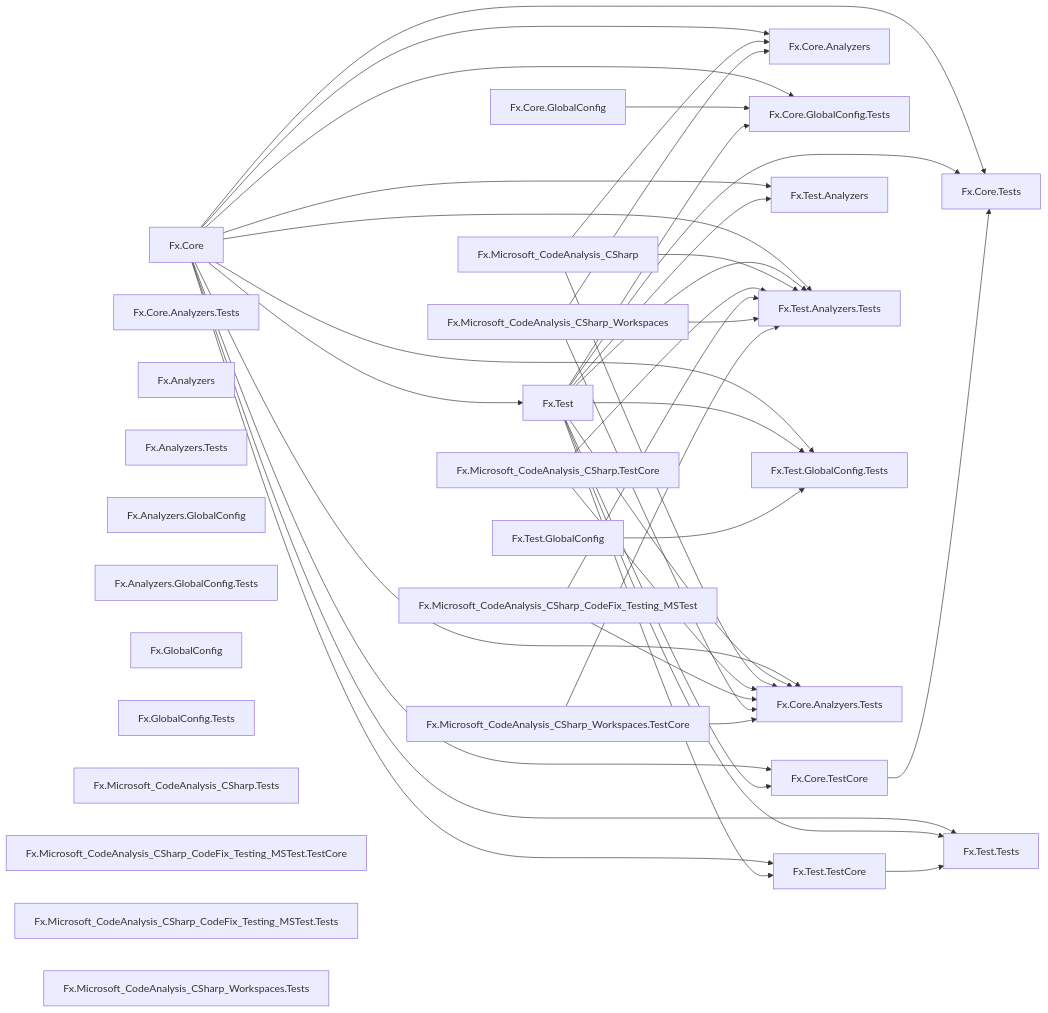
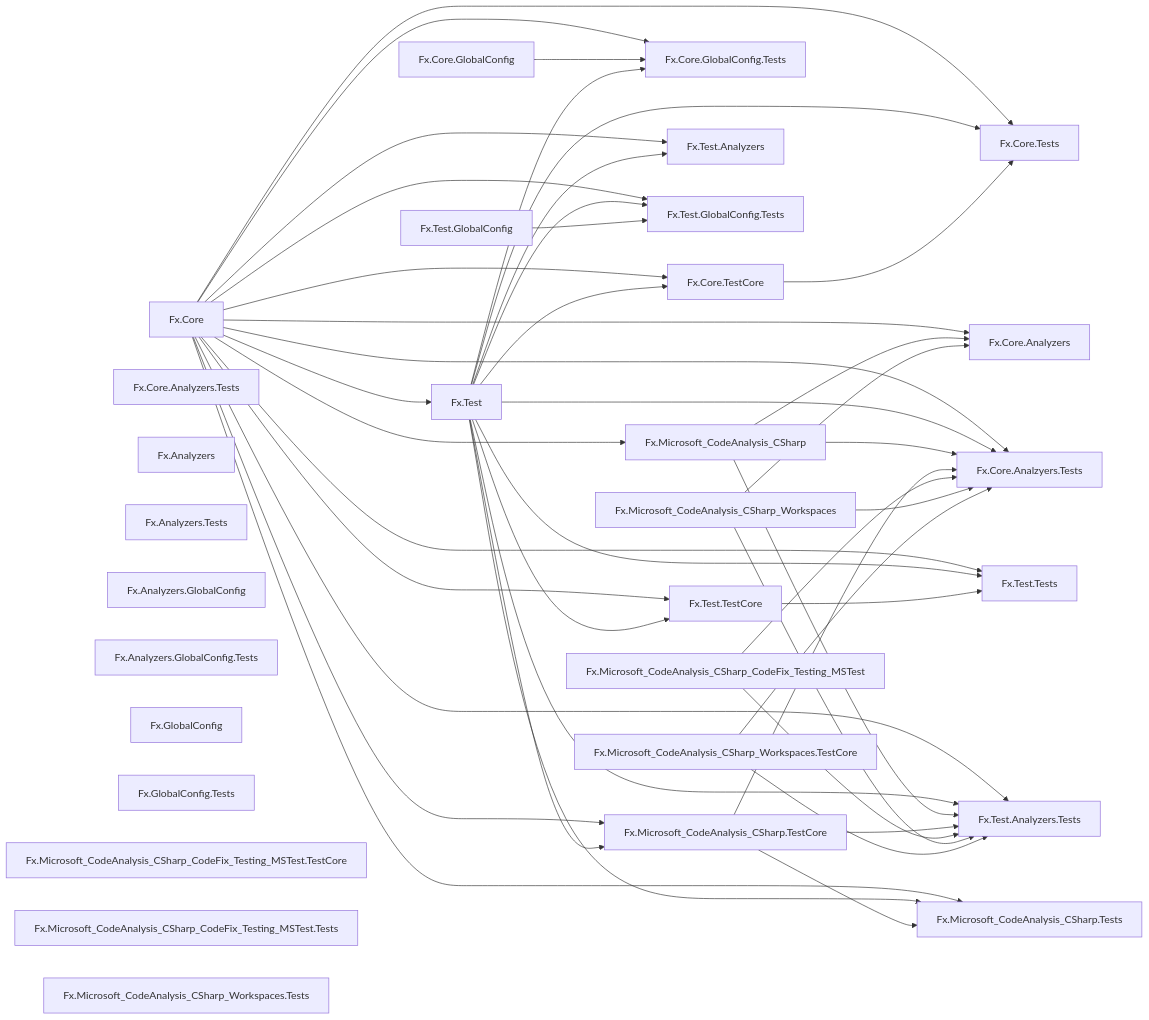
One commit to ravudet/Fx.Core changed the diagram in graph.md. Above: the diagram before and after it, drawn with Mermaid.

````diff
--- a/graph.md
+++ b/graph.md
@@ -76,4 +76,13 @@
 	Fx.Core --> Fx.Test.GlobalConfig.Tests
 	Fx.Test --> Fx.Test.GlobalConfig.Tests
 	Fx.Test.GlobalConfig --> Fx.Test.GlobalConfig.Tests
+
+	Fx.Core --> Fx.Microsoft_CodeAnalysis_CSharp
+
+	Fx.Core --> Fx.Microsoft_CodeAnalysis_CSharp.TestCore
+	Fx.Test --> Fx.Microsoft_CodeAnalysis_CSharp.TestCore
+
+	Fx.Core --> Fx.Microsoft_CodeAnalysis_CSharp.Tests
+	Fx.Test --> Fx.Microsoft_CodeAnalysis_CSharp.Tests
+	Fx.Microsoft_CodeAnalysis_CSharp.TestCore --> Fx.Microsoft_CodeAnalysis_CSharp.Tests
 ```
````
